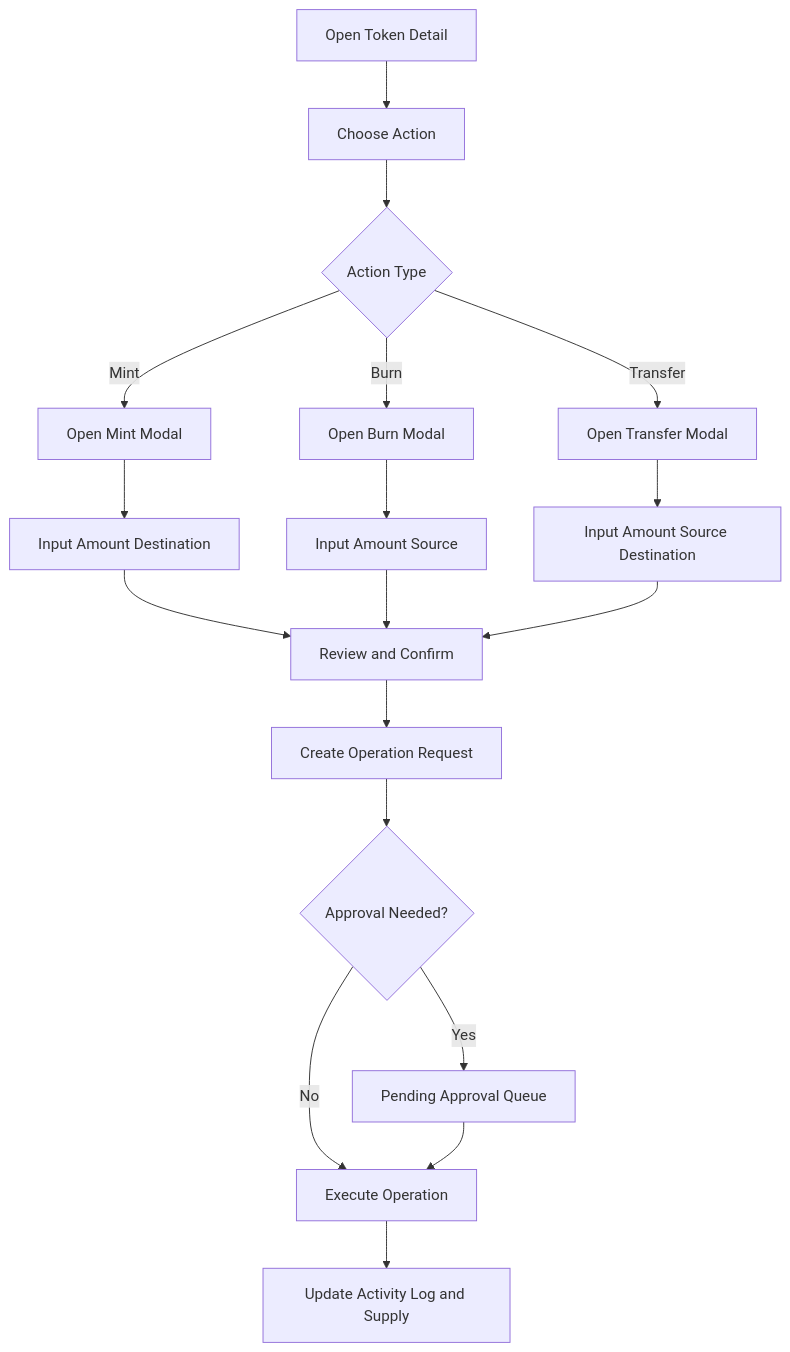
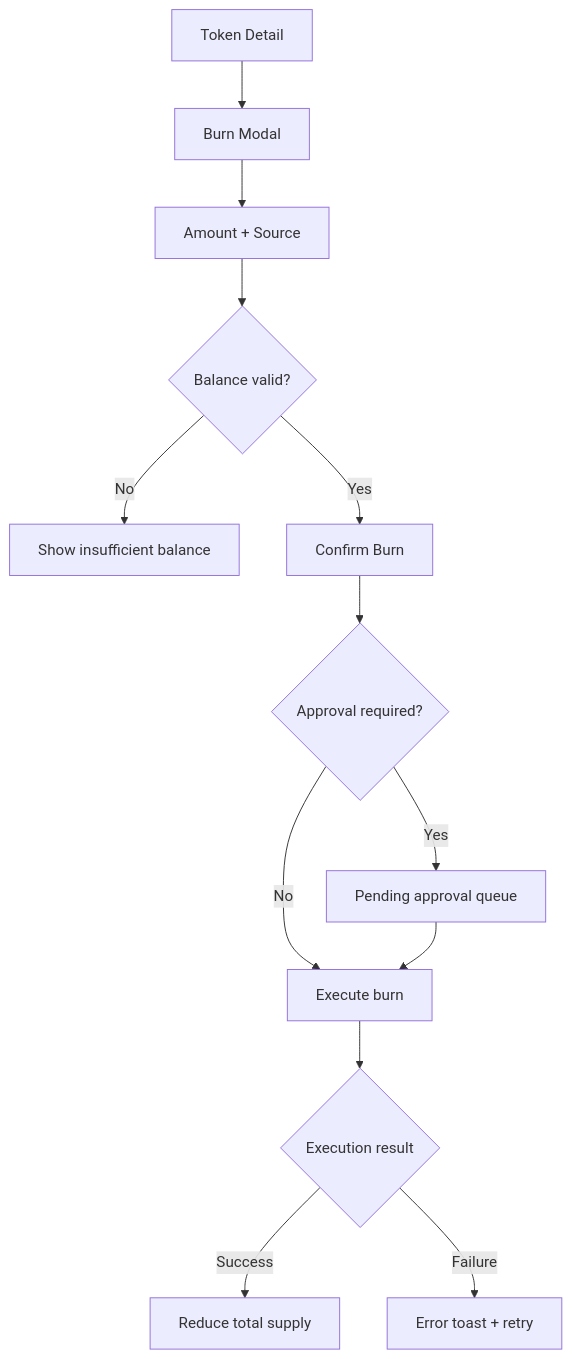
Before and after one commit to jaerius/tokenization_demo: the fourth of 7 diagrams in docs/UserFlow.md, drawn with Mermaid. The commit also changed other lines of this file and 11 other files, not shown here.

````diff
--- a/docs/UserFlow.md
+++ b/docs/UserFlow.md
@@ -28,20 +156,15 @@
 ```mermaid
 flowchart TD
-    A[Open Token Detail] --> B[Choose Action]
-    B --> C{Action Type}
-    C -->|Mint| D[Open Mint Modal]
-    C -->|Burn| E[Open Burn Modal]
-    C -->|Transfer| F[Open Transfer Modal]
-    D --> G[Input Amount Destination]
-    E --> H[Input Amount Source]
-    F --> I[Input Amount Source Destination]
-    G --> J[Review and Confirm]
-    H --> J
-    I --> J
-    J --> K[Create Operation Request]
-    K --> L{Approval Needed?}
-    L -->|Yes| M[Pending Approval Queue]
-    L -->|No| N[Execute Operation]
-    M --> N
-    N --> O[Update Activity Log and Supply]
+    A[Token Detail] --> B[Burn Modal]
+    B --> C[Amount + Source]
+    C --> D{Balance valid?}
+    D -->|No| E[Show insufficient balance]
+    D -->|Yes| F[Confirm Burn]
+    F --> G{Approval required?}
+    G -->|Yes| H[Pending approval queue]
+    G -->|No| I[Execute burn]
+    H --> I
+    I --> J{Execution result}
+    J -->|Success| K[Reduce total supply]
+    J -->|Failure| L[Error toast + retry]
 ```
````
